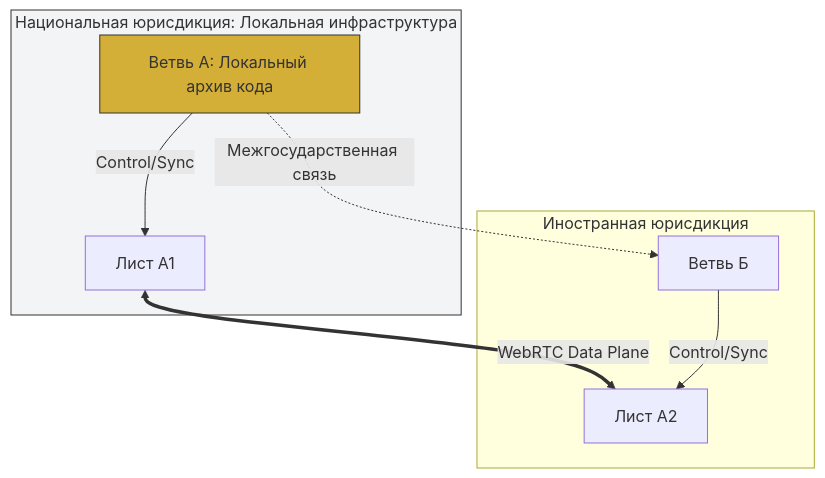
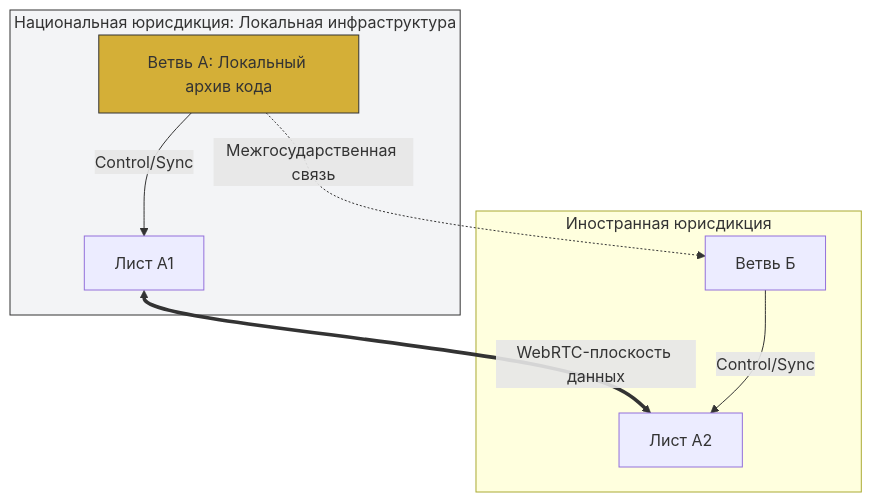
Diagram 39 of 53 in shared_docs/Технический документ платформы Турбаза.md (Data-Independence-Network/presentations), drawn with Mermaid before and after one commit. The commit also changed other lines of this file and 8 other files, not shown here.

````diff
--- a/shared_docs/Технический документ платформы Турбаза.md
+++ b/shared_docs/Технический документ платформы Турбаза.md
@@ -1117,21 +1121,21 @@
 ```mermaid
 graph TD
     subgraph Local_Sovereignty [Национальная юрисдикция: Локальная инфраструктура]
         BranchA[Ветвь А: Локальный архив кода]
         LeafA1[Лист А1]
     end
     
     BranchA -->|Control/Sync| LeafA1
-    LeafA1 <==>|WebRTC Data Plane| LeafA2
+    LeafA1 <==>|WebRTC-плоскость данных| LeafA2
     
     subgraph Foreign_Sovereignty [Иностранная юрисдикция]
         BranchB[Ветвь Б]
         BranchB -->|Control/Sync| LeafA2
         LeafA2[Лист А2]
     end
     
     BranchA -.->|Межгосударственная связь| BranchB
     
     style BranchA fill:#D4AF37,stroke:#333
     style Local_Sovereignty fill:#f3f4f6,stroke:#333
 ```
````
